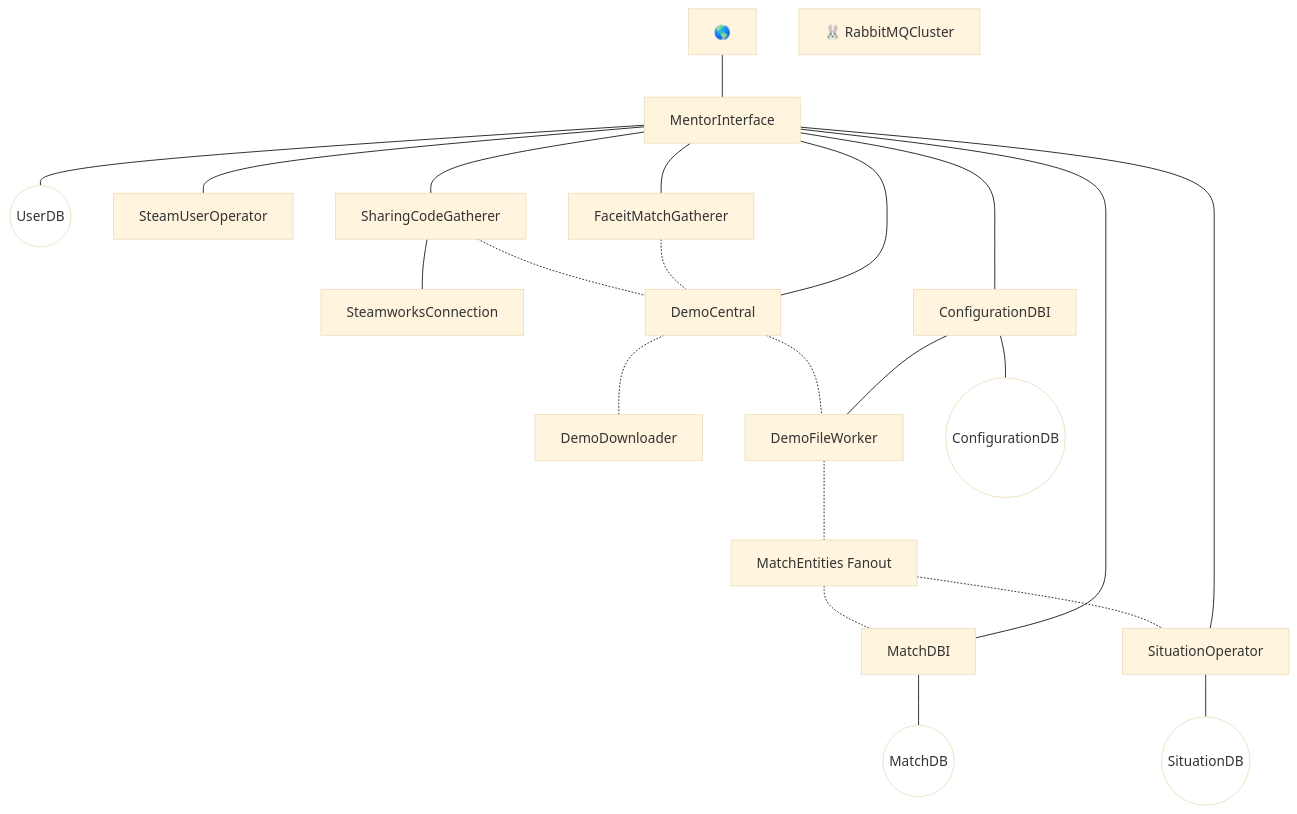
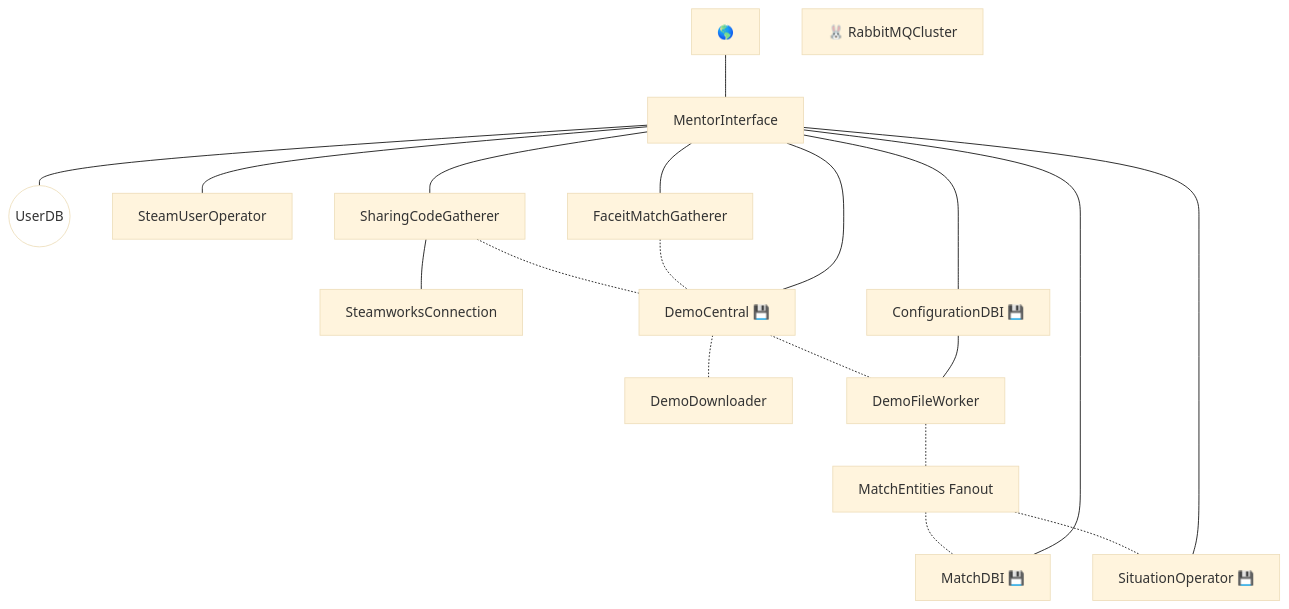
The first of 2 diagrams in README.md (KieronKretschmar/MentorGG_Overview), drawn with Mermaid (base theme) before and after one commit. The commit also changed other lines of this file, not shown here.

Commit message:
Replace database circle with emoticons to save space

````diff
--- a/README.md
+++ b/README.md
@@ -39,53 +39,50 @@
 ```mermaid
 graph TD;
     I["🌎"] --- MI
     MI --- UDB((UserDB));
     
     MI --- SUO[SteamUserOperator];
     
     MI --- SCO[SharingCodeGatherer];
     SCO --- SWC[SteamworksConnection];
     SCO -.- DC;
     
     MI --- FG[FaceitMatchGatherer];
     FG -.- DC;
     
     
-    MI --- CDBI[ConfigurationDBI];
+    MI --- CDBI["ConfigurationDBI 💾"];
     
-    MI[MentorInterface] --- DC[DemoCentral];
+    MI[MentorInterface] --- DC["DemoCentral 💾"];
     DC -.- DD[DemoDownloader];
     DC -.- DFW[DemoFileWorker];
     DFW -.- MEF["MatchEntities Fanout"];
     MEF -.- MDBI;
     MEF -.- SO;
     
     CDBI --- DFW;
 
-    CDBI --- CDB((ConfigurationDB));
-    MI --- MDBI[MatchDBI];
-    MI --- SO[SituationOperator];
-    SO --- SDB((SituationDB));
-    MDBI --- MDB((MatchDB));
+    MI --- MDBI["MatchDBI 💾"];
+    MI --- SO["SituationOperator 💾"];
 
     RC["🐰 RabbitMQCluster"];
 
 
     classDef db fill:white;
     classDef queue fill:pink;
     class RFO queue;
     class UDB,SUDB,CDB,SDB,MDB db;
 
     click MI,UDB "https://gitlab.com/mentorgg/engine/mentor-interface";
     click SUO "https://gitlab.com/mentorgg/engine/steamuserprojects";
     click SCO,SWC "https://gitlab.com/mentorgg/csgo/sharingcodeprojects";
     click CDBI,CDB "https://gitlab.com/mentorgg/csgo/configurationdbi";
     click DC "https://gitlab.com/mentorgg/csgo/democentral";
     click FG "https://gitlab.com/mentorgg/csgo/faceitmatchgatherer";
     click DFW "https://gitlab.com/mentorgg/csgo/demofileworker";
     click DD "https://gitlab.com/mentorgg/csgo/demodownloader";
     click MDBI,MDB "https://gitlab.com/mentorgg/csgo/matchdbi";
     click RC "https://gitlab.com/mentorgg/engine/rabbitmqcluster";
     click MEF "https://gitlab.com/mentorgg/csgo/matchentities";
     click SO,SDB "https://gitlab.com/mentorgg/csgo/situationsoperator";
 ```
````
